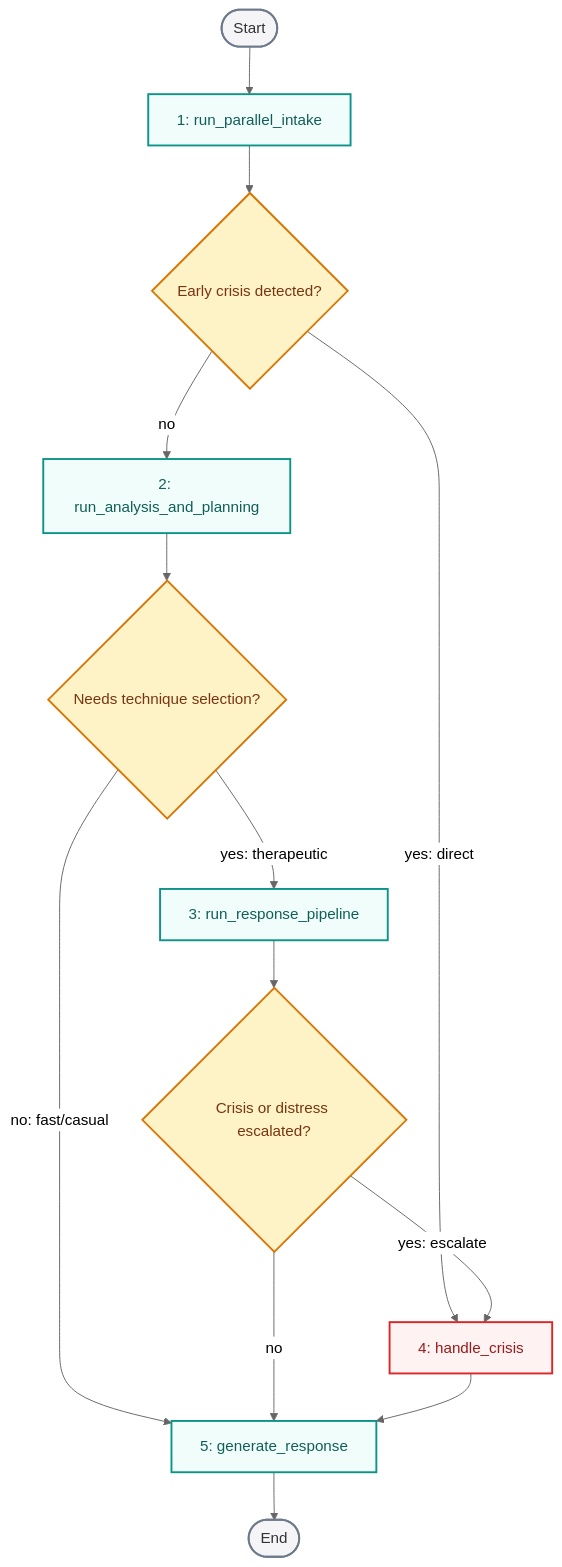
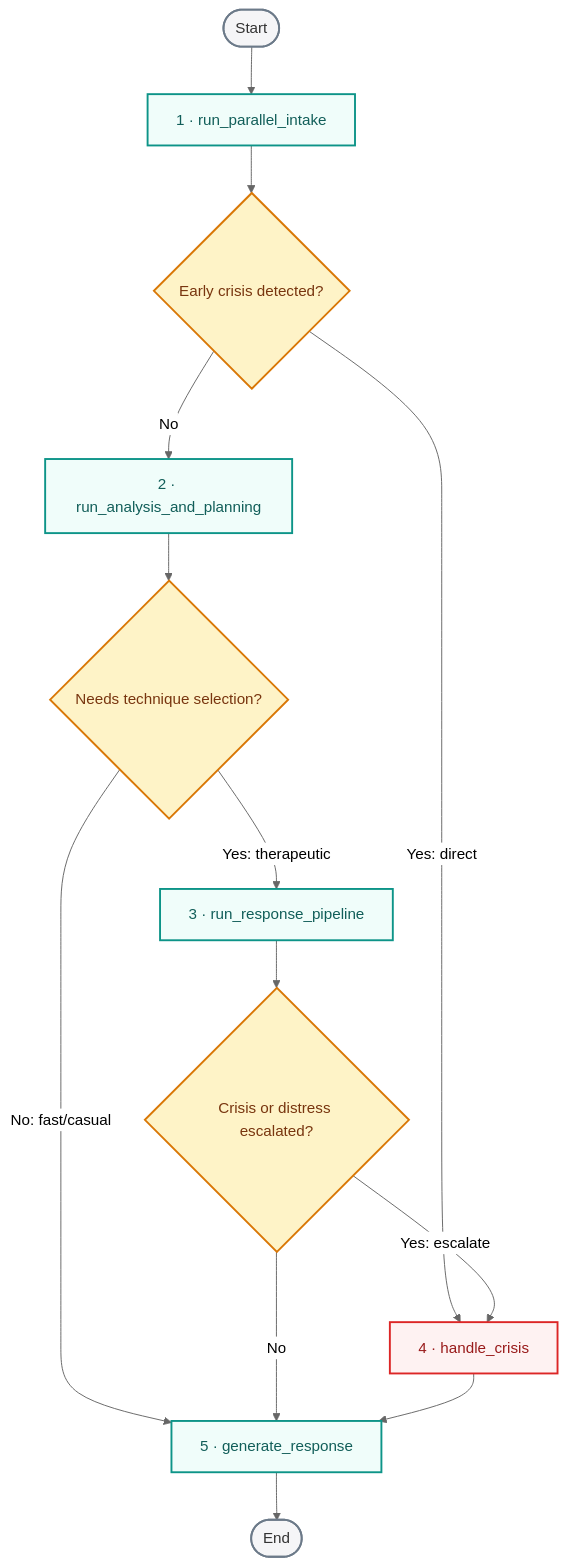
One commit to taha-mehmood-03/Personlaized-Trainer-Using-Agentic-AI changed the fifth of 18 diagrams in README.md. Above: the diagram before and after it, drawn with Mermaid (neutral theme). The commit also changed other lines of this file, not shown here.

````diff
--- a/README.md
+++ b/README.md
@@ -432,27 +328,27 @@
 ```mermaid
 flowchart TD
-    classDef startend fill:#F5F5F7,stroke:#6C7A89,stroke-width:2px,color:#333;
-    classDef node fill:#F0FDFA,stroke:#0D9488,stroke-width:2px,color:#115E59;
-    classDef decision fill:#FEF3C7,stroke:#D97706,stroke-width:2px,color:#78350F;
-    classDef crisis fill:#FEF2F2,stroke:#DC2626,stroke-width:2px,color:#991B1B;
+    classDef startend fill:#F5F5F7,stroke:#6C7A89,stroke-width:2px,color:#333
+    classDef node fill:#F0FDFA,stroke:#0D9488,stroke-width:2px,color:#115E59
+    classDef decision fill:#FEF3C7,stroke:#D97706,stroke-width:2px,color:#78350F
+    classDef crisis fill:#FEF2F2,stroke:#DC2626,stroke-width:2px,color:#991B1B
 
     Start([Start]):::startend
-    Intake["1: run_parallel_intake"]:::node
+    Intake["1 · run_parallel_intake"]:::node
     CrisisGate{"Early crisis detected?"}:::decision
-    Planning["2: run_analysis_and_planning"]:::node
+    Planning["2 · run_analysis_and_planning"]:::node
     NeedsPipeline{"Needs technique selection?"}:::decision
-    Pipeline["3: run_response_pipeline"]:::node
+    Pipeline["3 · run_response_pipeline"]:::node
     PipelineCrisis{"Crisis or distress escalated?"}:::decision
-    Crisis["4: handle_crisis"]:::crisis
-    Response["5: generate_response"]:::node
+    Crisis["4 · handle_crisis"]:::crisis
+    Response["5 · generate_response"]:::node
     End([End]):::startend
 
     Start --> Intake --> CrisisGate
-    CrisisGate -- yes: direct --> Crisis
-    CrisisGate -- no --> Planning --> NeedsPipeline
-    NeedsPipeline -- no: fast/casual --> Response
-    NeedsPipeline -- yes: therapeutic --> Pipeline --> PipelineCrisis
-    PipelineCrisis -- yes: escalate --> Crisis
-    PipelineCrisis -- no --> Response
+    CrisisGate -- Yes: direct --> Crisis
+    CrisisGate -- No --> Planning --> NeedsPipeline
+    NeedsPipeline -- No: fast/casual --> Response
+    NeedsPipeline -- Yes: therapeutic --> Pipeline --> PipelineCrisis
+    PipelineCrisis -- Yes: escalate --> Crisis
+    PipelineCrisis -- No --> Response
     Crisis --> Response --> End
 ```
````
